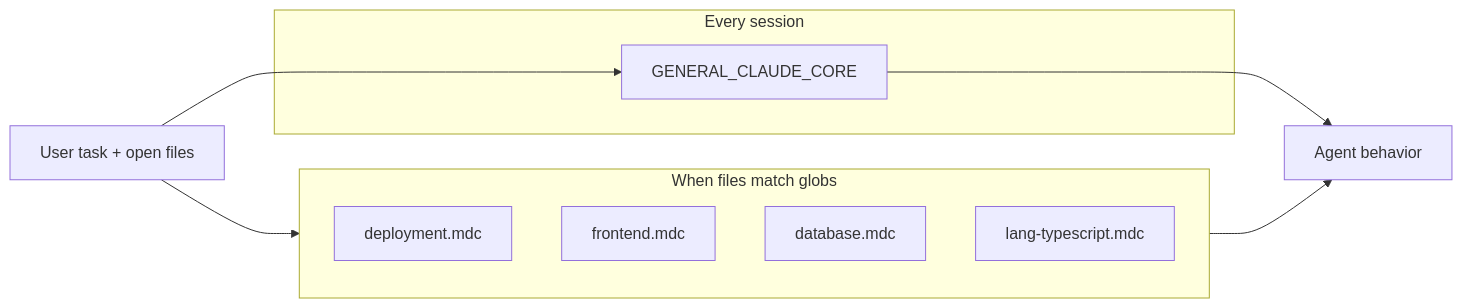
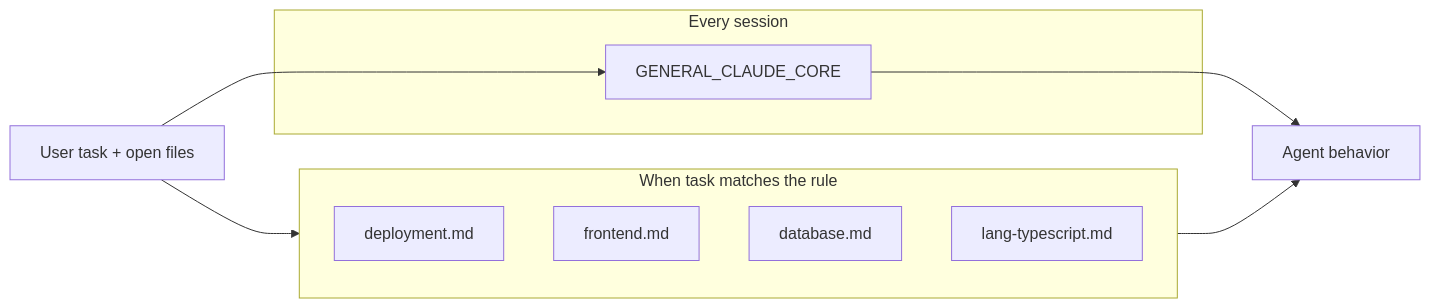
One commit to anthony-hopkins/clauderules changed the diagram in RULES_SPLIT.md. Above: the diagram before and after it, drawn with Mermaid. The commit also changed other lines of this file and 67 other files, not shown here.

````diff
--- a/RULES_SPLIT.md
+++ b/RULES_SPLIT.md
@@ -277,16 +288,16 @@
 ```mermaid
 flowchart LR
     subgraph alwaysOn [Every session]
         Core[GENERAL_CLAUDE_CORE]
     end
-    subgraph onDemand [When files match globs]
-        Deploy[deployment.mdc]
-        FE[frontend.mdc]
-        DB[database.mdc]
-        Lang[lang-typescript.mdc]
+    subgraph onDemand [When task matches the rule]
+        Deploy[deployment.md]
+        FE[frontend.md]
+        DB[database.md]
+        Lang[lang-typescript.md]
     end
     UserTask[User task + open files] --> Core
     UserTask --> onDemand
     Core --> Agent[Agent behavior]
     onDemand --> Agent
 ```
````
